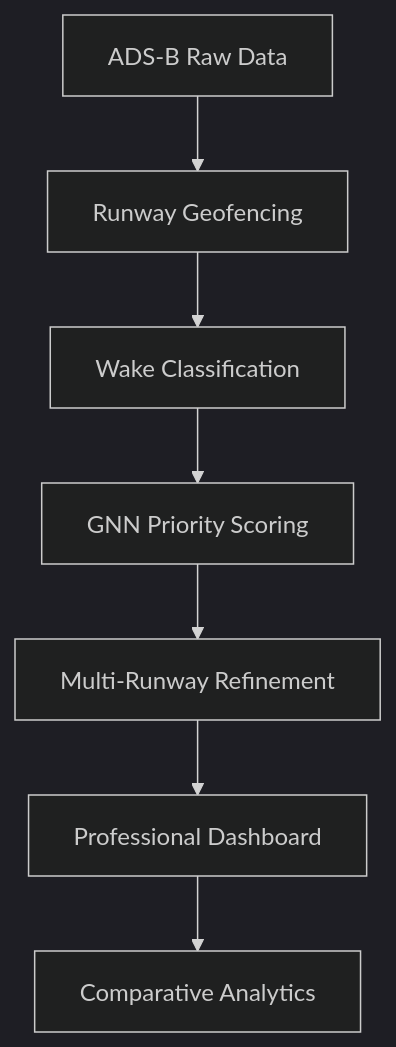
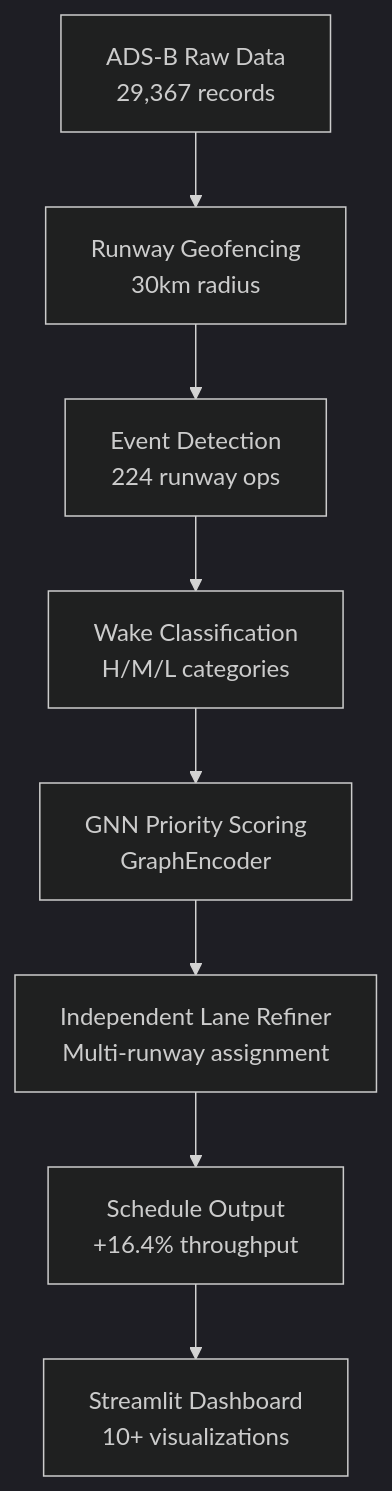
One commit to SuryaThejas-07/Optimization_of_Airway_Scheduling changed the diagram in README.md. Above: the diagram before and after it, drawn with Mermaid (dark theme). The commit also changed other lines of this file and 4 other files, not shown here.

````diff
--- a/README.md
+++ b/README.md
@@ -15,9 +43,10 @@
 ```mermaid
 graph TD
-    A[ADS-B Raw Data] --> B[Runway Geofencing]
-    B --> C[Wake Classification]
-    C --> D[GNN Priority Scoring]
-    D --> E[Multi-Runway Refinement]
-    E --> F[Professional Dashboard]
-    F --> G[Comparative Analytics]
+    A[ADS-B Raw Data<br/>29,367 records] --> B[Runway Geofencing<br/>30km radius]
+    B --> C[Event Detection<br/>224 runway ops]
+    C --> D[Wake Classification<br/>H/M/L categories]
+    D --> E[GNN Priority Scoring<br/>GraphEncoder]
+    E --> F[Independent Lane Refiner<br/>Multi-runway assignment]
+    F --> G[Schedule Output<br/>+16.4% throughput]
+    G --> H[Streamlit Dashboard<br/>10+ visualizations]
 ```
````
